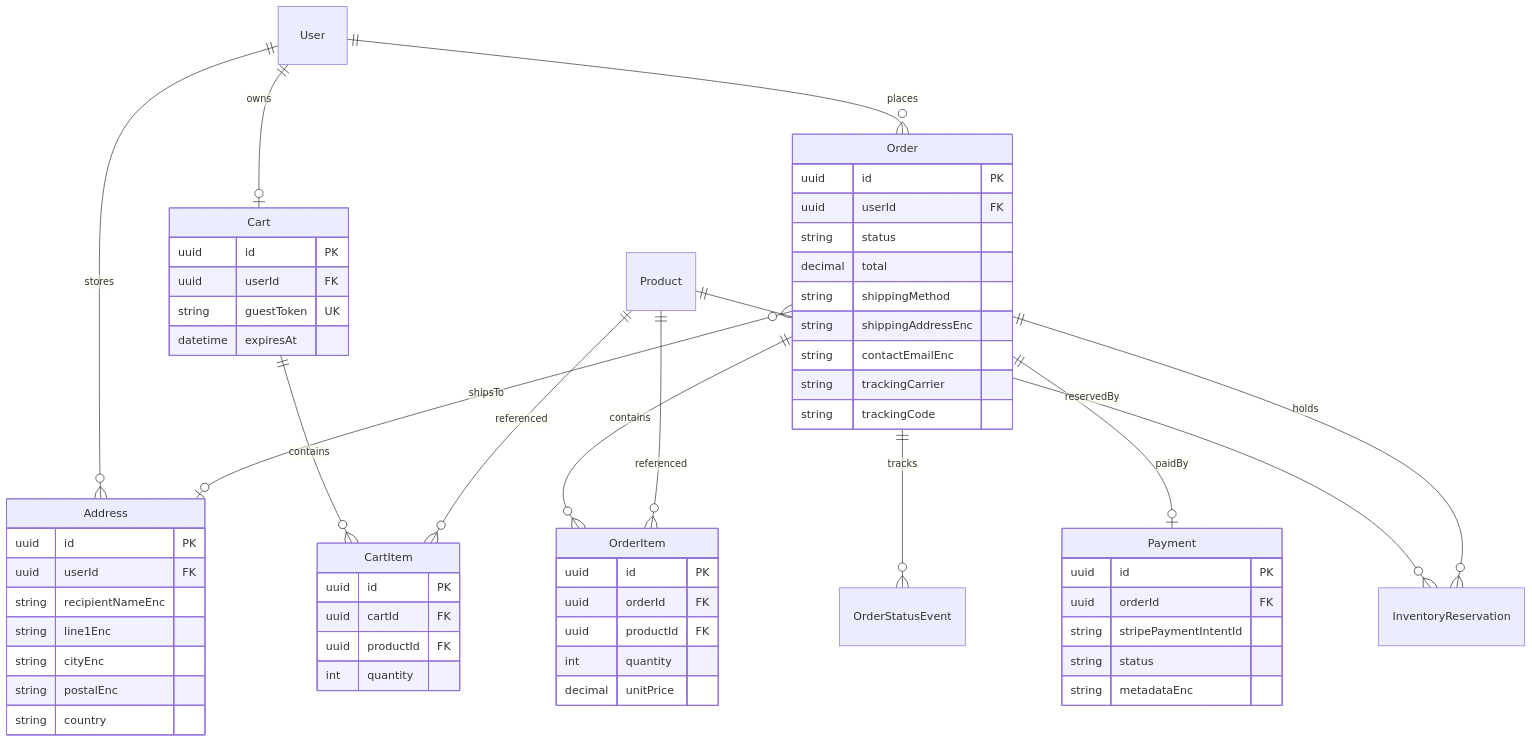
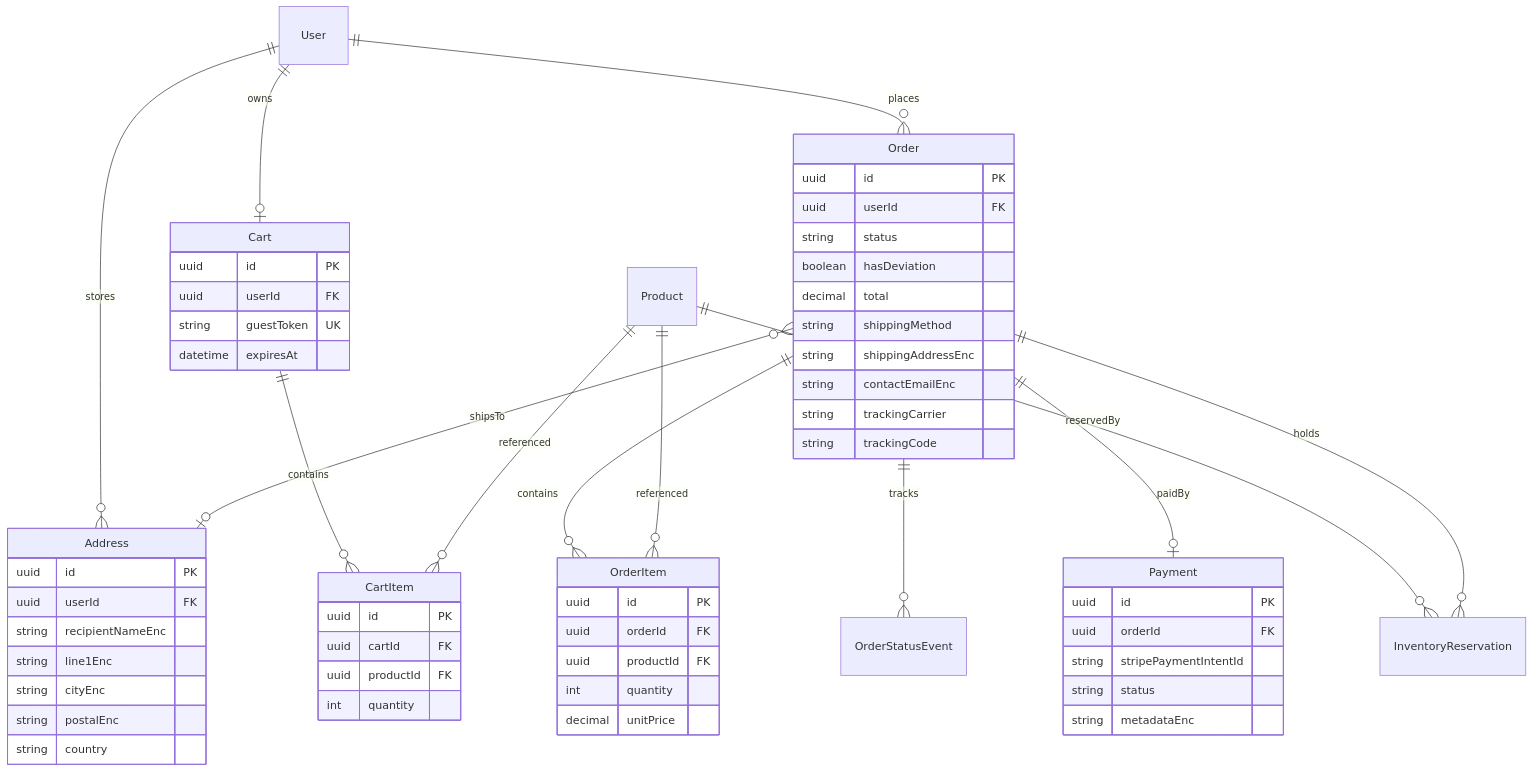
The second of 3 diagrams in docs/erd.md (AlluFI/webshop), drawn with Mermaid before and after one commit. The commit also changed other lines of this file and 75 other files, not shown here.

````diff
--- a/docs/erd.md
+++ b/docs/erd.md
@@ -115,62 +139,63 @@
 ```mermaid
 erDiagram
   User ||--o{ Address : stores
   User ||--o| Cart : owns
   Cart ||--o{ CartItem : contains
   Product ||--o{ CartItem : referenced
   User ||--o{ Order : places
   Order ||--o{ OrderItem : contains
   Order ||--o{ OrderStatusEvent : tracks
   Order ||--o| Payment : paidBy
   Order }o--o| Address : shipsTo
   Product ||--o{ OrderItem : referenced
   Product ||--o{ InventoryReservation : reservedBy
   Order ||--o{ InventoryReservation : holds
 
   Address {
     uuid id PK
     uuid userId FK
     string recipientNameEnc
     string line1Enc
     string cityEnc
     string postalEnc
     string country
   }
   Cart {
     uuid id PK
     uuid userId FK
     string guestToken UK
     datetime expiresAt
   }
   CartItem {
     uuid id PK
     uuid cartId FK
     uuid productId FK
     int quantity
   }
   Order {
     uuid id PK
     uuid userId FK
     string status
+    boolean hasDeviation
     decimal total
     string shippingMethod
     string shippingAddressEnc
     string contactEmailEnc
     string trackingCarrier
     string trackingCode
   }
   OrderItem {
     uuid id PK
     uuid orderId FK
     uuid productId FK
     int quantity
     decimal unitPrice
   }
   Payment {
     uuid id PK
     uuid orderId FK
     string stripePaymentIntentId
     string status
     string metadataEnc
   }
 ```
````
